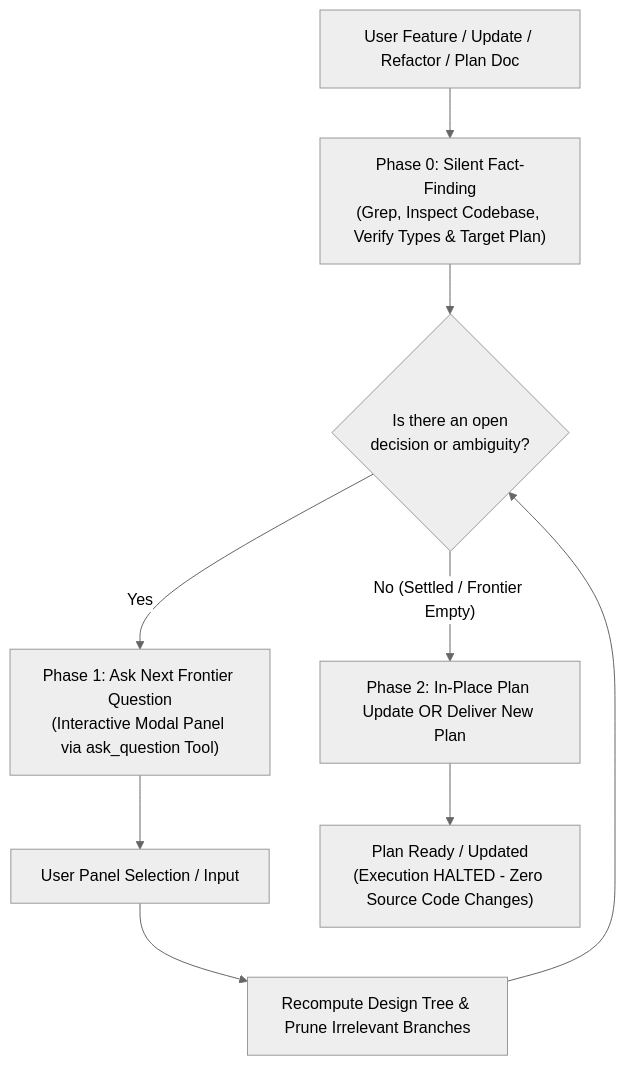
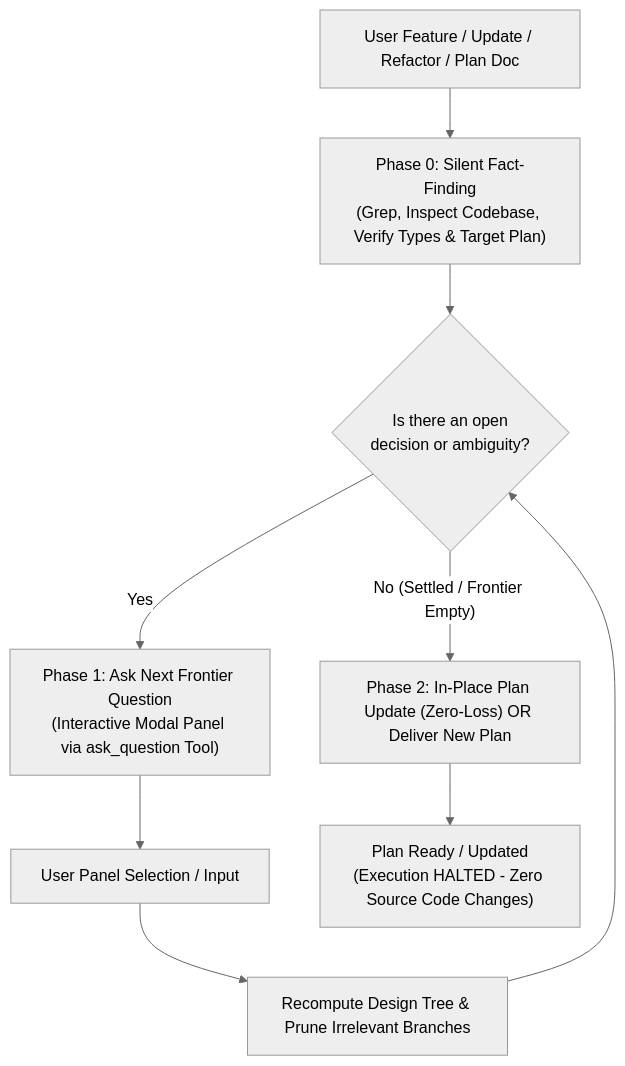
One commit to Delizade-Antigravity-Skills/clarify-first-delizade changed the diagram in SKILL.md. Above: the diagram before and after it, drawn with Mermaid (neutral theme). The commit also changed other lines of this file, not shown here.

Commit message:
feat: enforce zero-loss plan preservation protocol and surgical update invariant

````diff
--- a/SKILL.md
+++ b/SKILL.md
@@ -37,11 +37,11 @@
 ```mermaid
 flowchart TD
     Idea["User Feature / Update / Refactor / Plan Doc"] --> Phase0["Phase 0: Silent Fact-Finding<br/>(Grep, Inspect Codebase, Verify Types & Target Plan)"]
     Phase0 --> TreeEval{"Is there an open<br/>decision or ambiguity?"}
     TreeEval -- "Yes" --> Phase1["Phase 1: Ask Next Frontier Question<br/>(Interactive Modal Panel via ask_question Tool)"]
     Phase1 --> UserAnswer["User Panel Selection / Input"]
     UserAnswer --> Recompute["Recompute Design Tree & Prune Irrelevant Branches"]
     Recompute --> TreeEval
-    TreeEval -- "No (Settled / Frontier Empty)" --> Phase2["Phase 2: In-Place Plan Update OR Deliver New Plan"]
+    TreeEval -- "No (Settled / Frontier Empty)" --> Phase2["Phase 2: In-Place Plan Update (Zero-Loss) OR Deliver New Plan"]
     Phase2 --> Stop["Plan Ready / Updated<br/>(Execution HALTED - Zero Source Code Changes)"]
 ```
````
